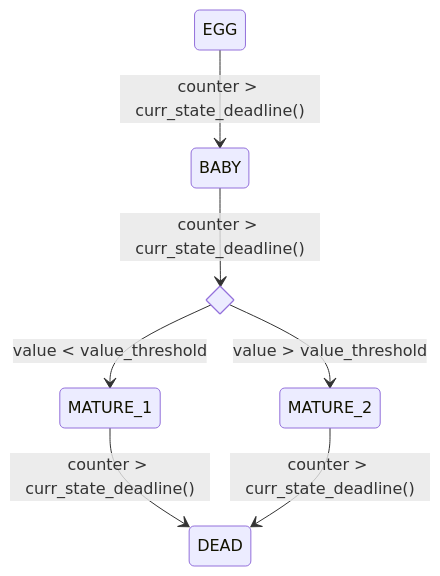
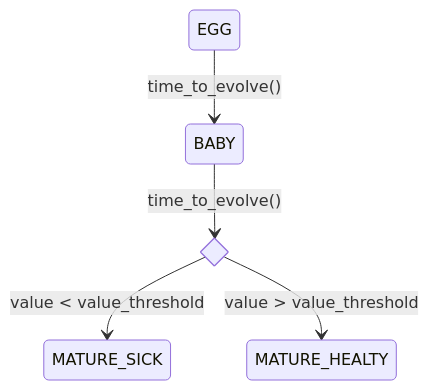
One commit to adebiasi/tamagotchi changed the first of 3 diagrams in Tamagotchi.md. Above: the diagram before and after it, drawn with Mermaid. The commit also changed other lines of this file, not shown here.

````diff
--- a/Tamagotchi.md
+++ b/Tamagotchi.md
@@ -2,10 +2,8 @@
 ```mermaid
   stateDiagram-v2
     state if_state <<choice>>
-    EGG --> BABY: counter > curr_state_deadline()
-    BABY --> if_state: counter > curr_state_deadline()
-    if_state --> MATURE_1: value < value_threshold
-    if_state --> MATURE_2: value > value_threshold
-    MATURE_1 --> DEAD: counter > curr_state_deadline()
-    MATURE_2 --> DEAD: counter > curr_state_deadline()
+    EGG --> BABY: time_to_evolve()
+    BABY --> if_state: time_to_evolve()
+    if_state --> MATURE_SICK: value < value_threshold
+    if_state --> MATURE_HEALTY: value > value_threshold
 ```
````
